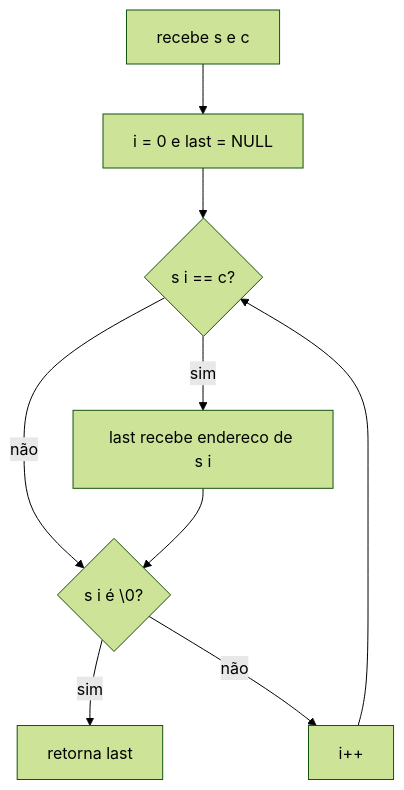
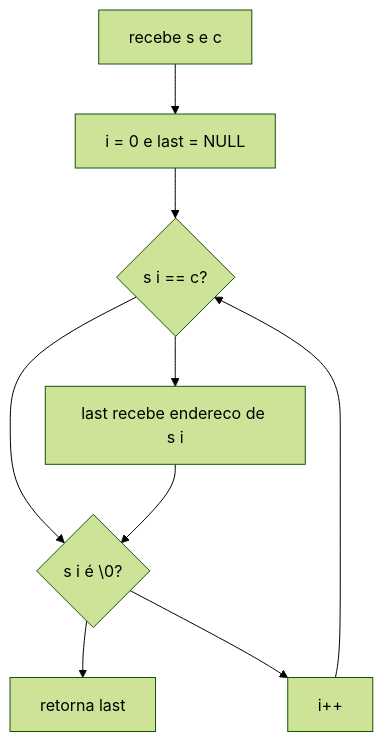
One commit to ahy-git/docs changed diagram 16 of 43 in 1-libft/Readme.md. Above: the diagram before and after it, drawn with Mermaid (forest theme). The commit also changed other lines of this file, not shown here.

````diff
--- a/1-libft/Readme.md
+++ b/1-libft/Readme.md
@@ -1416,11 +1416,11 @@
 ```mermaid
 flowchart TD
 	A["recebe s e c"] --> B["i = 0 e last = NULL"]
 	B --> C{"s i == c?"}
-	C -- sim --> D["last recebe endereco de s i"]
-	C -- não --> E{"s i é \0?"}
+	C --> D["last recebe endereco de s i"]
+	C --> E{"s i é \0?"}
 	D --> E
-	E -- sim --> F["retorna last"]
-	E -- não --> G["i++"]
+	E --> F["retorna last"]
+	E --> G["i++"]
 	G --> C
 ```
````
